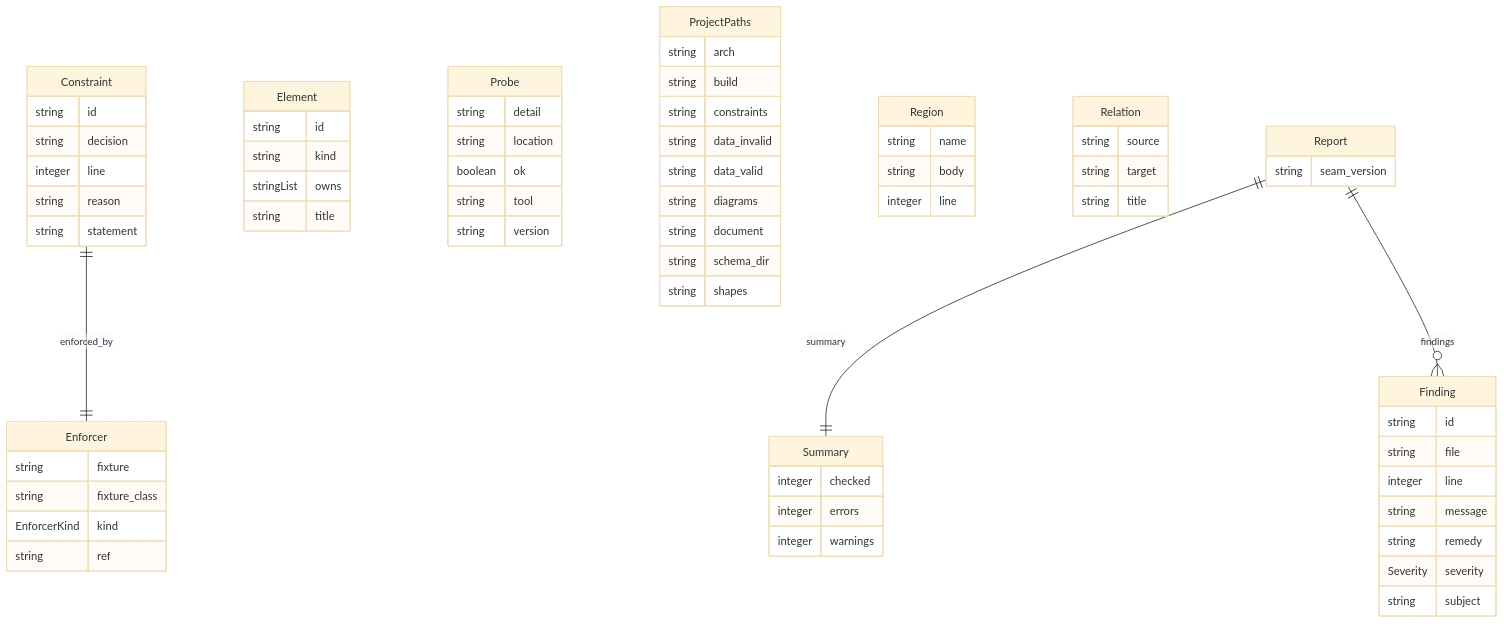
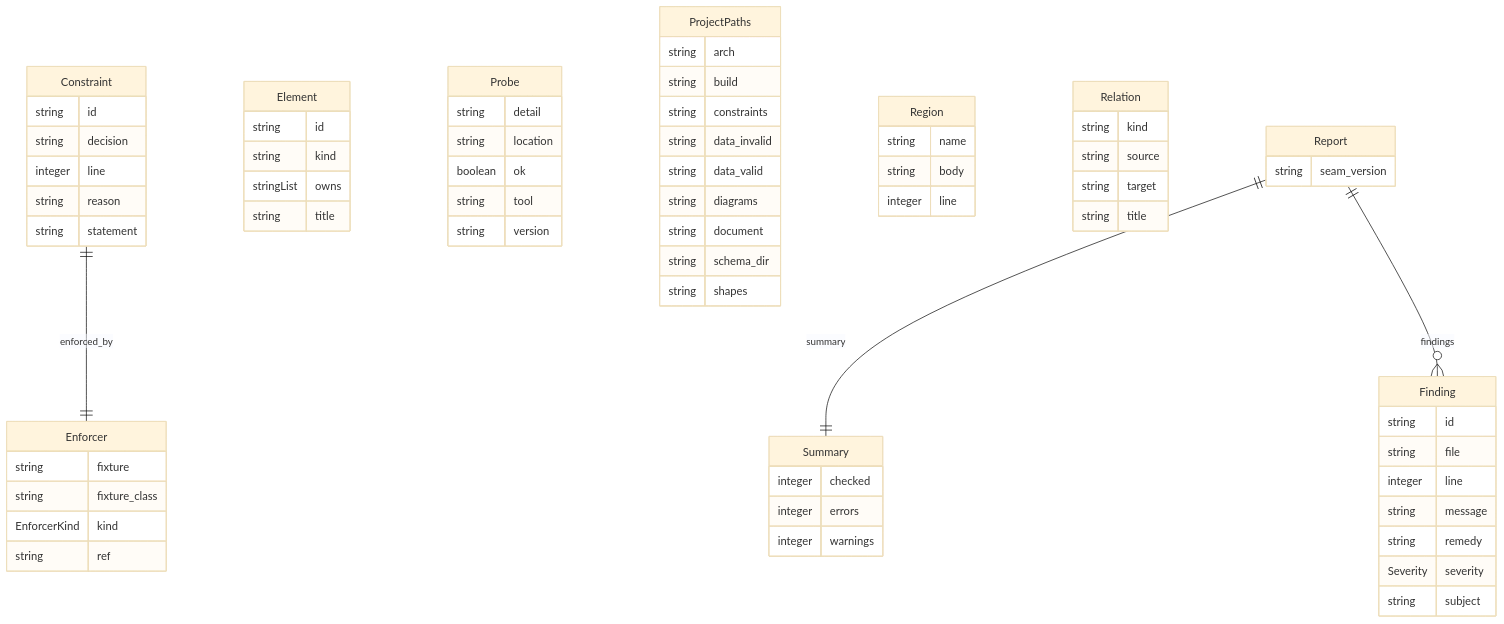
Before and after one commit to dsummersl/slartiarch: the third of 3 diagrams in docs/architecture.md, drawn with Mermaid (base theme). The commit also changed 36 other files, not shown here.

First line of the commit message:
Check diagram dispositions, identity and dangling references

````diff
--- a/docs/architecture.md
+++ b/docs/architecture.md
@@ -238,71 +238,72 @@
 ```mermaid
 erDiagram
 Constraint {
     string id  
     string decision  
     integer line  
     string reason  
     string statement  
 }
 Element {
     string id  
     string kind  
     stringList owns  
     string title  
 }
 Enforcer {
     string fixture  
     string fixture_class  
     EnforcerKind kind  
     string ref  
 }
 Finding {
     string id  
     string file  
     integer line  
     string message  
     string remedy  
     Severity severity  
     string subject  
 }
 Probe {
     string detail  
     string location  
     boolean ok  
     string tool  
     string version  
 }
 ProjectPaths {
     string arch  
     string build  
     string constraints  
     string data_invalid  
     string data_valid  
     string diagrams  
     string document  
     string schema_dir  
     string shapes  
 }
 Region {
     string name  
     string body  
     integer line  
 }
 Relation {
+    string kind  
     string source  
     string target  
     string title  
 }
 Report {
     string seam_version  
 }
 Summary {
     integer checked  
     integer errors  
     integer warnings  
 }
 
 Constraint ||--|| Enforcer : "enforced_by"
 Report ||--|| Summary : "summary"
 Report ||--}o Finding : "findings"
 ```
````
